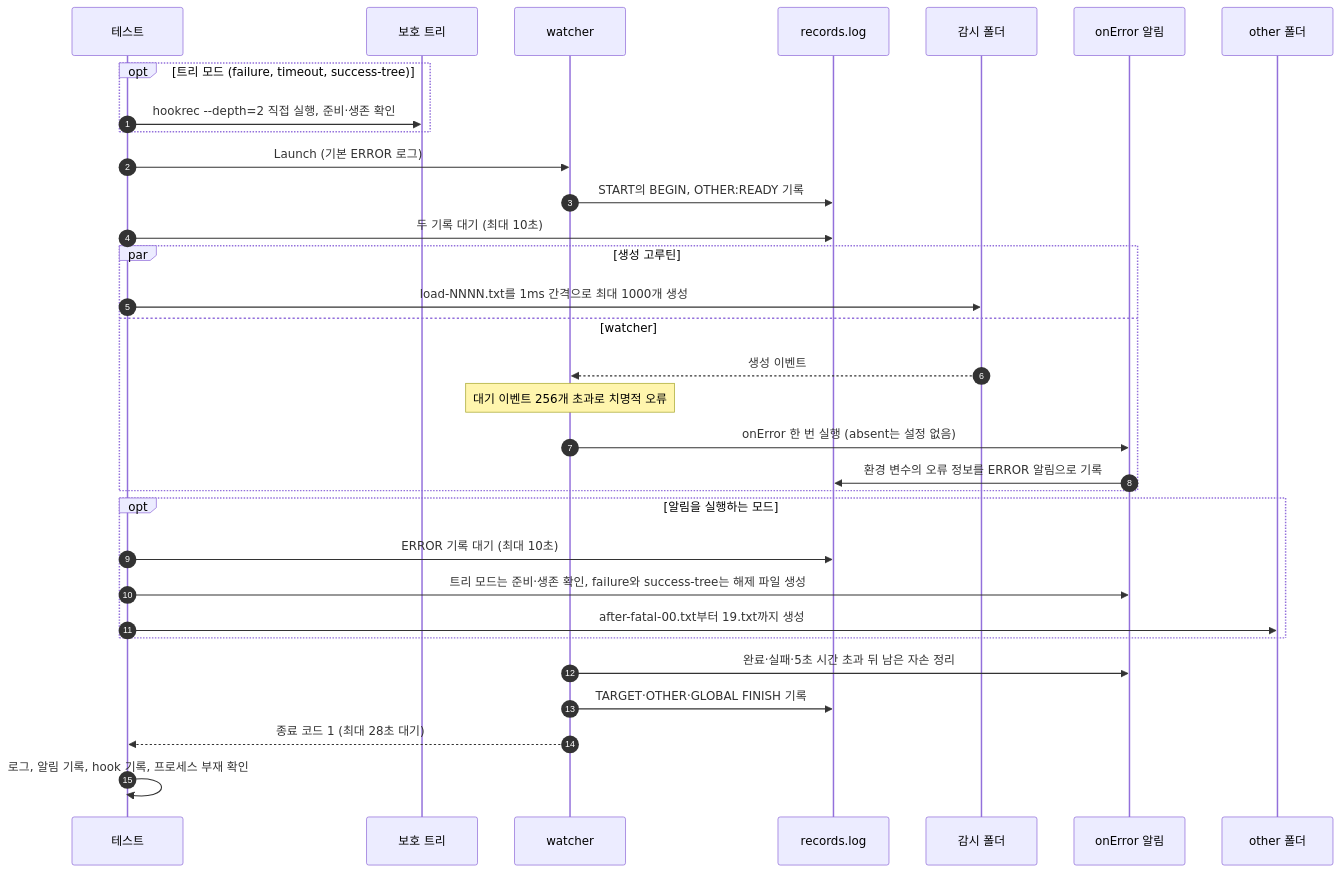
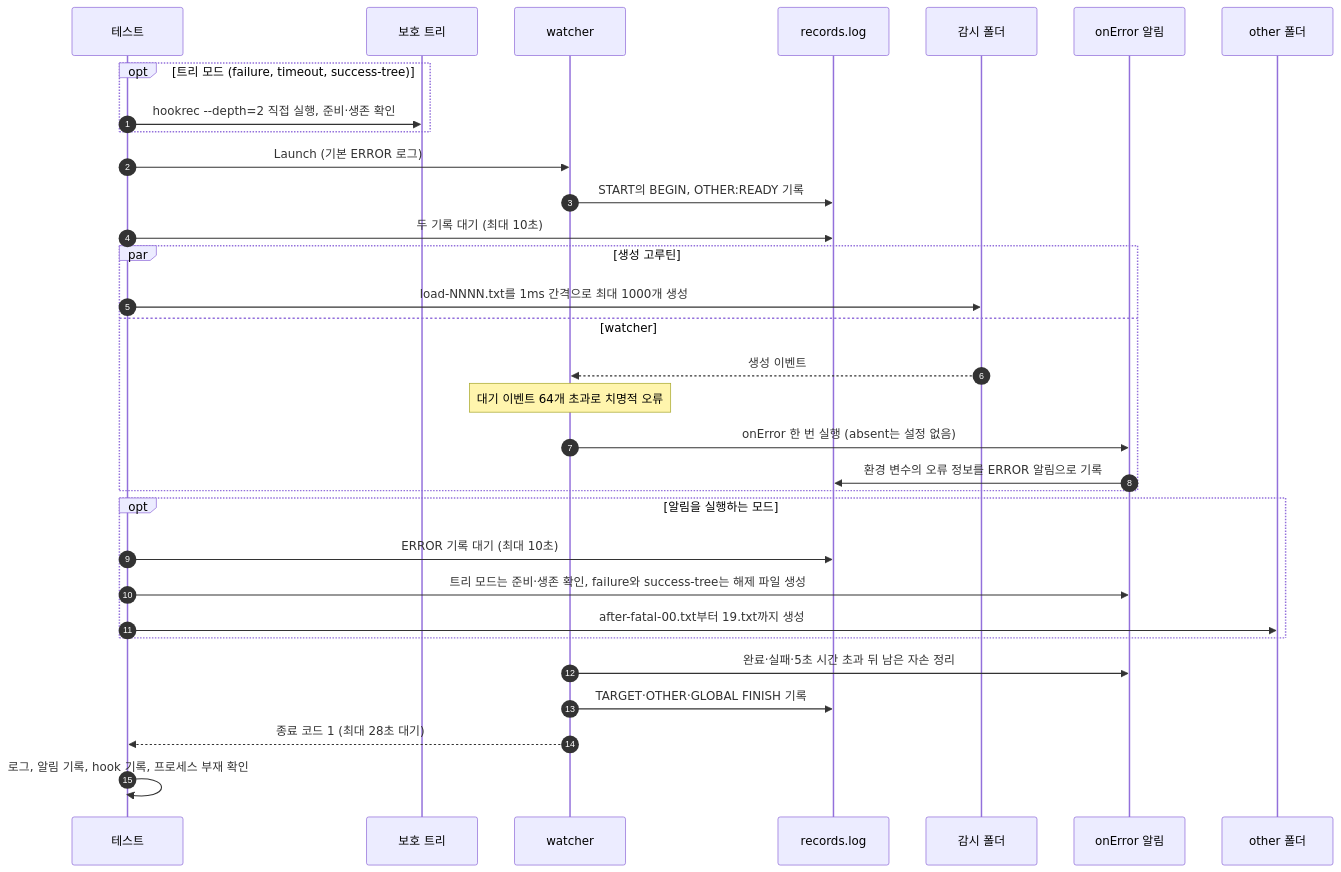
Before and after one commit to seungyeop-lee/directory-watcher: the diagram in e2e/docs/scenarios/event-loss-notification-cli.ko.md, drawn with Mermaid. The commit also changed other lines of this file and 41 other files, not shown here.

````diff
--- a/e2e/docs/scenarios/event-loss-notification-cli.ko.md
+++ b/e2e/docs/scenarios/event-loss-notification-cli.ko.md
@@ -75,34 +75,34 @@
 ```mermaid
 sequenceDiagram
     autonumber
     participant testCode as 테스트
     participant guardTree as 보호 트리
     participant watcherProc as watcher
     participant recordFile as records.log
     participant watchDir as 감시 폴더
     participant notifyTree as onError 알림
     participant otherDir as other 폴더
     opt 트리 모드 (failure, timeout, success-tree)
         testCode->>guardTree: hookrec --depth=2 직접 실행, 준비·생존 확인
     end
     testCode->>watcherProc: Launch (기본 ERROR 로그)
     watcherProc->>recordFile: START의 BEGIN, OTHER:READY 기록
     testCode->>recordFile: 두 기록 대기 (최대 10초)
     par 생성 고루틴
         testCode->>watchDir: load-NNNN.txt를 1ms 간격으로 최대 1000개 생성
     and watcher
         watchDir-->>watcherProc: 생성 이벤트
-        Note over watcherProc: 대기 이벤트 256개 초과로 치명적 오류
+        Note over watcherProc: 대기 이벤트 64개 초과로 치명적 오류
         watcherProc->>notifyTree: onError 한 번 실행 (absent는 설정 없음)
         notifyTree->>recordFile: 환경 변수의 오류 정보를 ERROR 알림으로 기록
     end
     opt 알림을 실행하는 모드
         testCode->>recordFile: ERROR 기록 대기 (최대 10초)
         testCode->>notifyTree: 트리 모드는 준비·생존 확인, failure와 success-tree는 해제 파일 생성
         testCode->>otherDir: after-fatal-00.txt부터 19.txt까지 생성
     end
     watcherProc->>notifyTree: 완료·실패·5초 시간 초과 뒤 남은 자손 정리
     watcherProc->>recordFile: TARGET·OTHER·GLOBAL FINISH 기록
     watcherProc-->>testCode: 종료 코드 1 (최대 28초 대기)
     testCode->>testCode: 로그, 알림 기록, hook 기록, 프로세스 부재 확인
 ```
````
